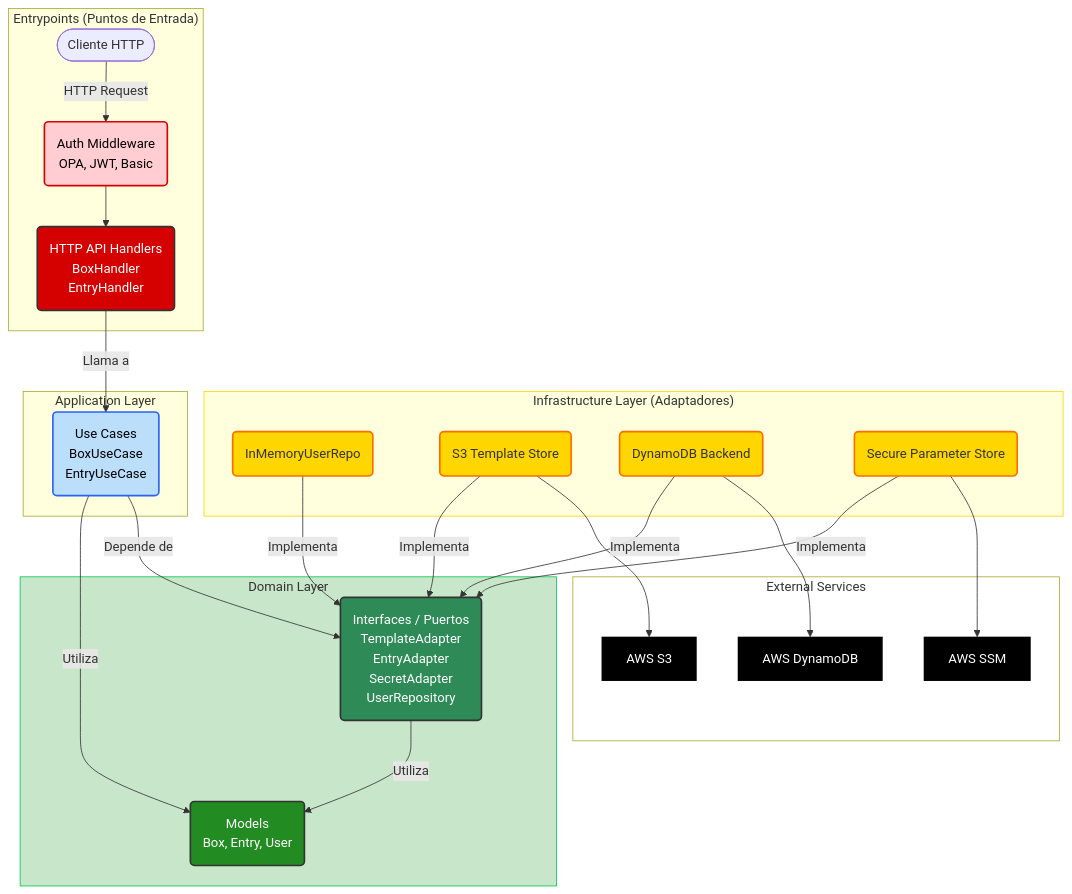
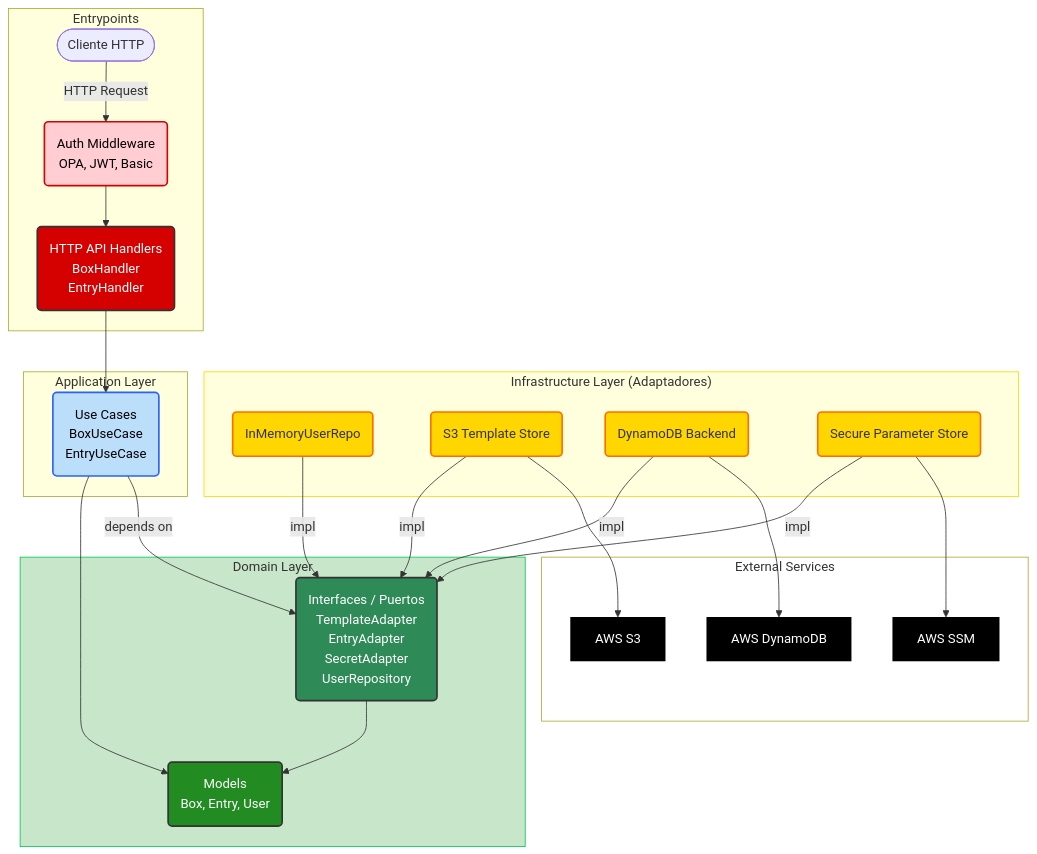
One commit to DanielD2G/typed-nbox changed the diagram in README.md. Above: the diagram before and after it, drawn with Mermaid.

````diff
--- a/README.md
+++ b/README.md
@@ -326,64 +326,63 @@
 ```mermaid
 ---
 config:
   layout: dagre
 ---
 flowchart TD
  subgraph subGraph0["External Services"]
         AWS_S3["AWS S3"]
         AWS_DynamoDB["AWS DynamoDB"]
         AWS_SSM["AWS SSM"]
   end
  subgraph subGraph1["Infrastructure Layer (Adaptadores)"]
         InMemoryUserRepo("InMemoryUserRepo")
         S3Adapter("S3 Template Store")
         DynamoDBAdapter("DynamoDB Backend")
         SSMAdapter("Secure Parameter Store")
   end
  subgraph subGraph2["Domain Layer"]
         DomainModels("Models <br> Box, Entry, User")
         DomainPorts("Interfaces / Puertos <br> TemplateAdapter <br> EntryAdapter <br> SecretAdapter <br> UserRepository")
   end
  subgraph subGraph3["Application Layer"]
         UseCases("Use Cases <br> BoxUseCase <br> EntryUseCase")
   end
- subgraph subGraph4["Entrypoints (Puntos de Entrada)"]
+ subgraph subGraph4["Entrypoints"]
         Client(["Cliente HTTP"])
         APIHandlers("HTTP API Handlers <br> BoxHandler <br> EntryHandler")
         Middleware("Auth Middleware <br> OPA, JWT, Basic")
   end
     S3Adapter --> AWS_S3
     DynamoDBAdapter --> AWS_DynamoDB
     SSMAdapter --> AWS_SSM
     Client -- HTTP Request --> Middleware
     Middleware --> APIHandlers
-    APIHandlers -- Llama a --> UseCases
-    UseCases -- Depende de --> DomainPorts
-    S3Adapter -- Implementa --> DomainPorts
-    DynamoDBAdapter -- Implementa --> DomainPorts
-    SSMAdapter -- Implementa --> DomainPorts
-    InMemoryUserRepo -- Implementa --> DomainPorts
-    UseCases -- Utiliza --> DomainModels
-    DomainPorts -- Utiliza --> DomainModels
+    APIHandlers --> UseCases
+    UseCases -- depends on --> DomainPorts
+    S3Adapter -- impl --> DomainPorts
+    DynamoDBAdapter -- impl --> DomainPorts
+    SSMAdapter -- impl --> DomainPorts
+    InMemoryUserRepo -- impl --> DomainPorts
+    UseCases --> DomainModels
+    DomainPorts  --> DomainModels
     AWS_S3@{ shape: rect}
     AWS_DynamoDB@{ shape: rect}
     AWS_SSM@{ shape: rect}
      AWS_S3:::aws
      AWS_DynamoDB:::aws
      AWS_SSM:::aws
     classDef aws fill:#000000, stroke:transparent, stroke-width:4px, color:#fff, stroke-dasharray: 5
     style AWS_S3 fill:#000000
     style InMemoryUserRepo fill:#FFD600,stroke:#FF6D00,stroke-width:2px,color:none
     style S3Adapter fill:#FFD600,stroke:#FF6D00,stroke-width:2px
     style DynamoDBAdapter fill:#FFD600,stroke:#FF6D00,stroke-width:2px
     style SSMAdapter fill:#FFD600,stroke:#FF6D00,stroke-width:2px
     style DomainModels fill:#228B22,stroke:#333,stroke-width:2px,color:#fff
     style DomainPorts fill:#2E8B57,stroke:#333,stroke-width:2px,color:#fff
     style UseCases fill:#BBDEFB,stroke:#2962FF,stroke-width:2px,color:#000000
     style APIHandlers fill:#D50000,stroke:#333,stroke-width:2px,color:#fff
     style Middleware fill:#FFCDD2,stroke:#D50000,stroke-width:2px,color:#000000
     style subGraph2 stroke:#00C853,fill:#C8E6C9
     style subGraph0 fill:transparent
     style subGraph1 stroke:#FFD600
-
 ```
````
